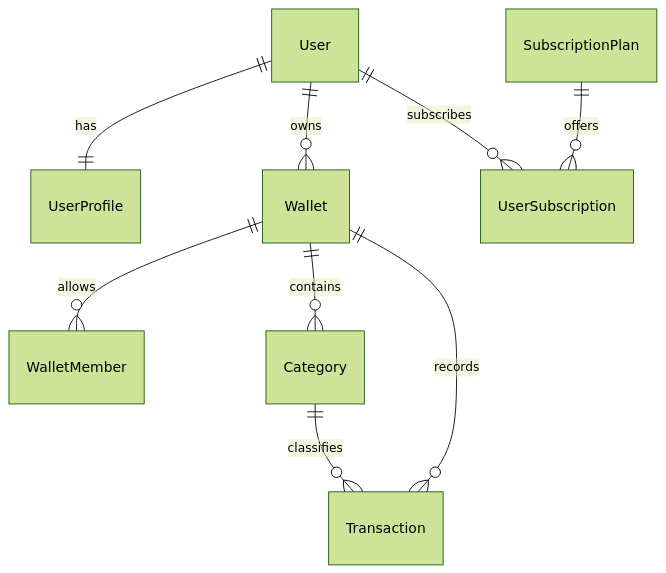
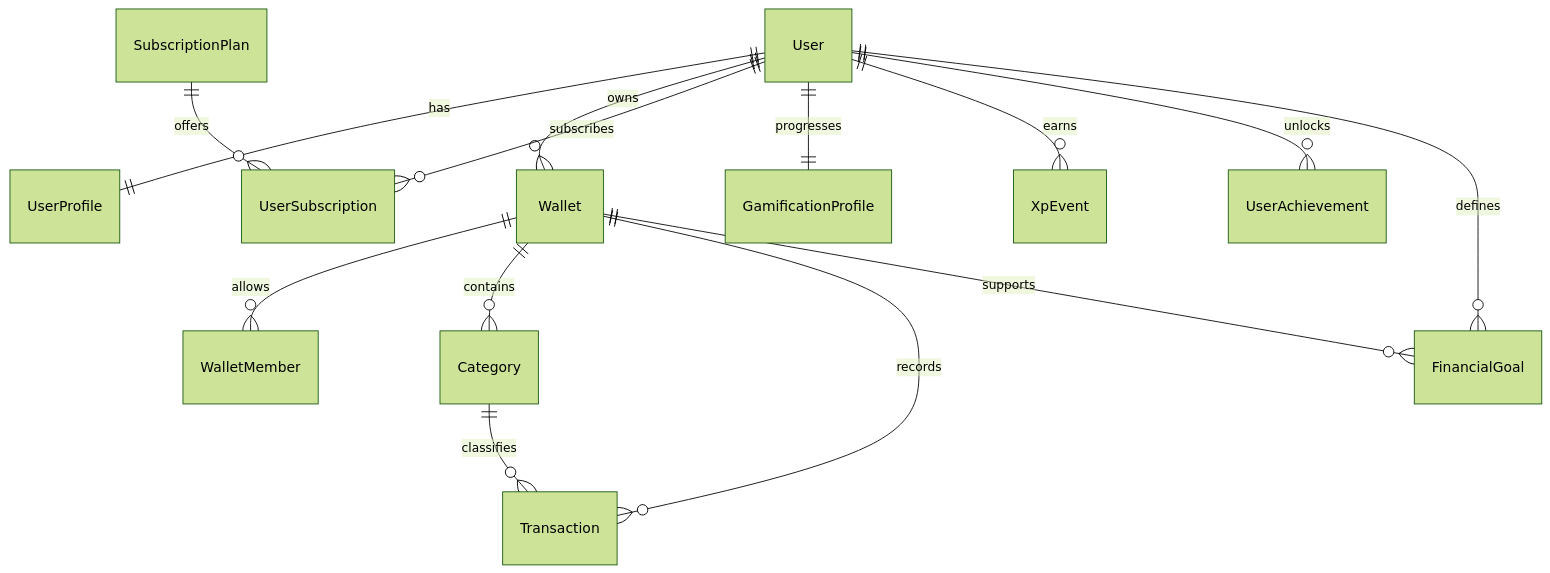
The first of 2 diagrams in README.md (Francisco-Simoes-Oliveira/pw-gerenciamento-financeiro), drawn with Mermaid (forest theme) before and after one commit. The commit also changed other lines of this file and 11 other files, not shown here.

````diff
--- a/README.md
+++ b/README.md
@@ -78,11 +82,16 @@
 ```mermaid
 erDiagram
     User ||--|| UserProfile : has
     User ||--o{ Wallet : owns
     Wallet ||--o{ WalletMember : allows
     Wallet ||--o{ Category : contains
     Wallet ||--o{ Transaction : records
     Category ||--o{ Transaction : classifies
     SubscriptionPlan ||--o{ UserSubscription : offers
     User ||--o{ UserSubscription : subscribes
+    User ||--|| GamificationProfile : progresses
+    User ||--o{ XpEvent : earns
+    User ||--o{ UserAchievement : unlocks
+    User ||--o{ FinancialGoal : defines
+    Wallet ||--o{ FinancialGoal : supports
 ```
````
